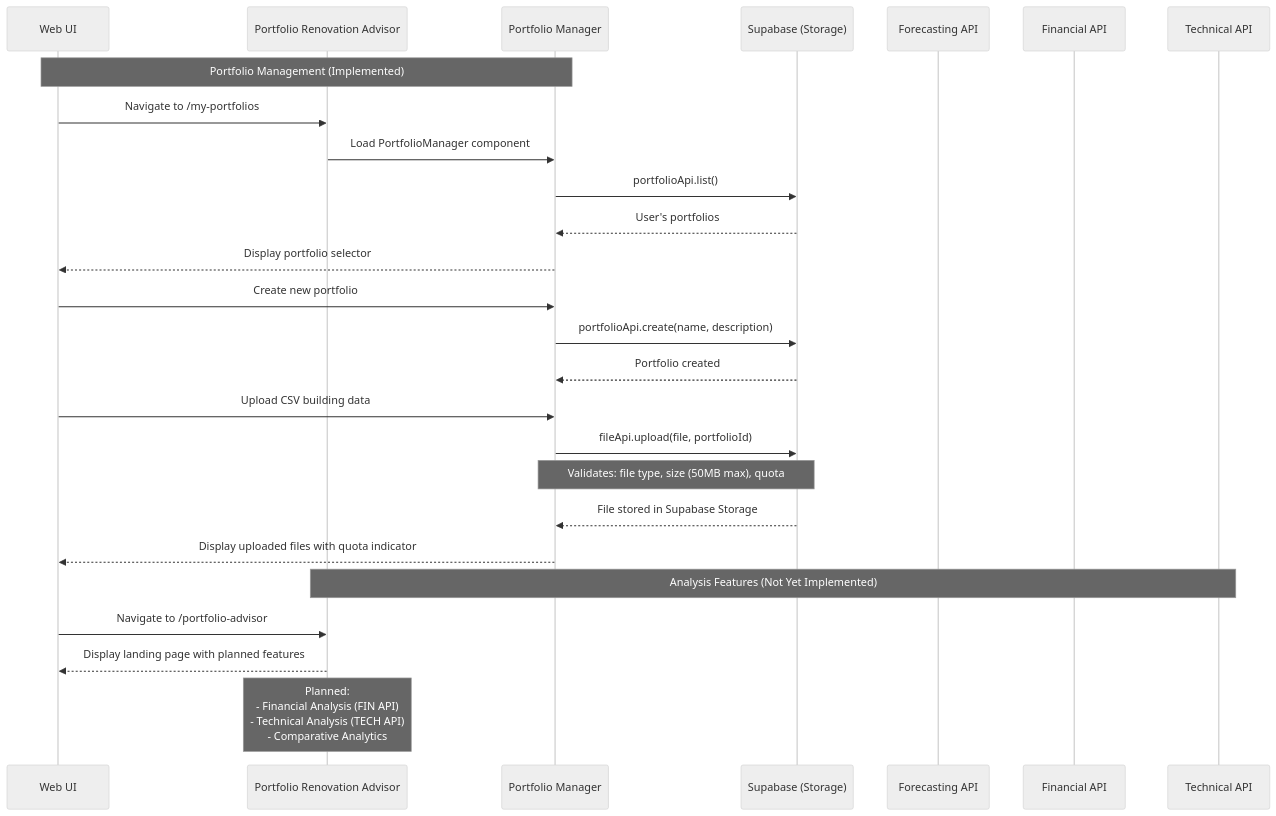
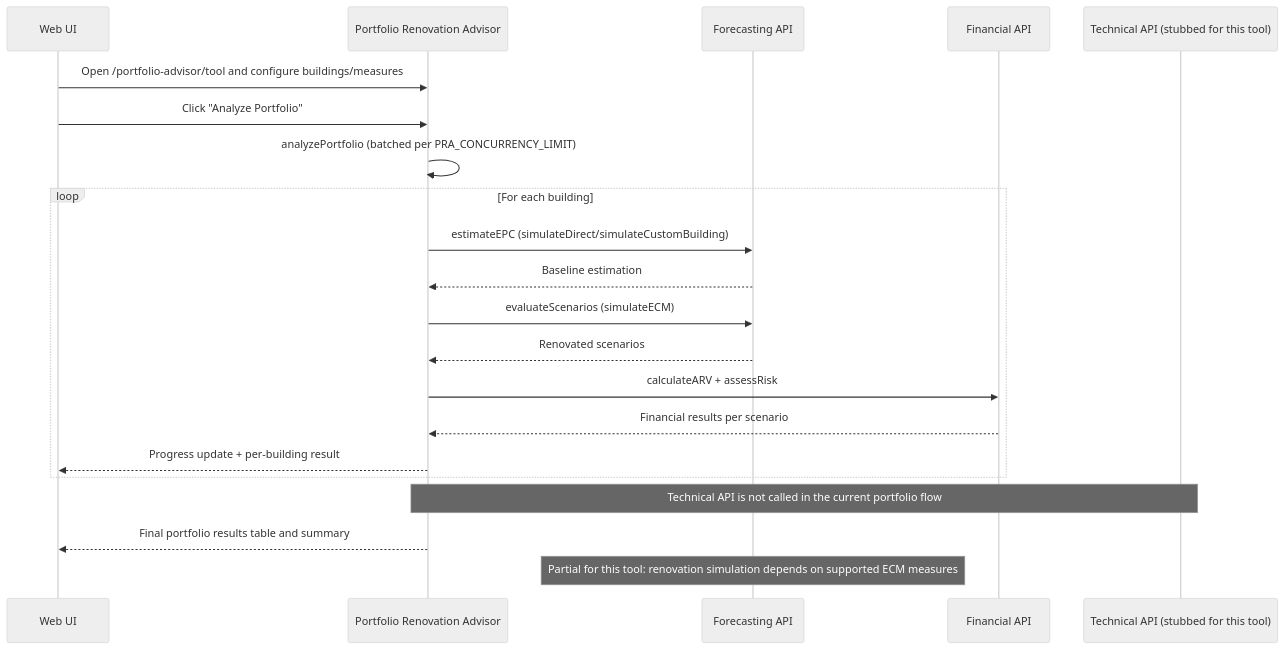
One commit to ReLIFE-Project-EU/relife-web-ui changed the second of 3 diagrams in README.md. Above: the diagram before and after it, drawn with Mermaid (neutral theme). The commit also changed other lines of this file, not shown here.

Commit message:
✨ Update README with revised sequence diagrams and implementation status for Home Assistant and Portfolio Renovation Advisor

````diff
--- a/README.md
+++ b/README.md
@@ -89,32 +60,27 @@
 ```mermaid
 sequenceDiagram
     participant UI as Web UI
     participant PRA as Portfolio Renovation Advisor
-    participant PM as Portfolio Manager
-    participant SB as Supabase (Storage)
     participant FCAST as Forecasting API
     participant FIN as Financial API
-    participant TECH as Technical API
+    participant TECH as Technical API (stubbed for this tool)
 
-    Note over UI,PM: Portfolio Management (Implemented)
-    UI->>PRA: Navigate to /my-portfolios
-    PRA->>PM: Load PortfolioManager component
-    PM->>SB: portfolioApi.list()
-    SB-->>PM: User's portfolios
-    PM-->>UI: Display portfolio selector
+    UI->>PRA: Open /portfolio-advisor/tool and configure buildings/measures
+    UI->>PRA: Click "Analyze Portfolio"
+    PRA->>PRA: analyzePortfolio (batched per PRA_CONCURRENCY_LIMIT)
 
-    UI->>PM: Create new portfolio
-    PM->>SB: portfolioApi.create(name, description)
-    SB-->>PM: Portfolio created
+    loop For each building
+      PRA->>FCAST: estimateEPC (simulateDirect/simulateCustomBuilding)
+      FCAST-->>PRA: Baseline estimation
+      PRA->>FCAST: evaluateScenarios (simulateECM)
+      FCAST-->>PRA: Renovated scenarios
+      PRA->>FIN: calculateARV + assessRisk
+      FIN-->>PRA: Financial results per scenario
+      PRA-->>UI: Progress update + per-building result
+    end
 
-    UI->>PM: Upload CSV building data
-    PM->>SB: fileApi.upload(file, portfolioId)
-    Note over PM,SB: Validates: file type, size (50MB max), quota
-    SB-->>PM: File stored in Supabase Storage
-    PM-->>UI: Display uploaded files with quota indicator
+    Note over PRA,TECH: Technical API is not called in the current portfolio flow
+    PRA-->>UI: Final portfolio results table and summary
 
-    Note over PRA,TECH: Analysis Features (Not Yet Implemented)
-    UI->>PRA: Navigate to /portfolio-advisor
-    PRA-->>UI: Display landing page with planned features
-    Note over PRA: Planned:<br/>- Financial Analysis (FIN API)<br/>- Technical Analysis (TECH API)<br/>- Comparative Analytics
+    Note over FCAST: Partial for this tool: renovation simulation depends on supported ECM measures
 ```
````
